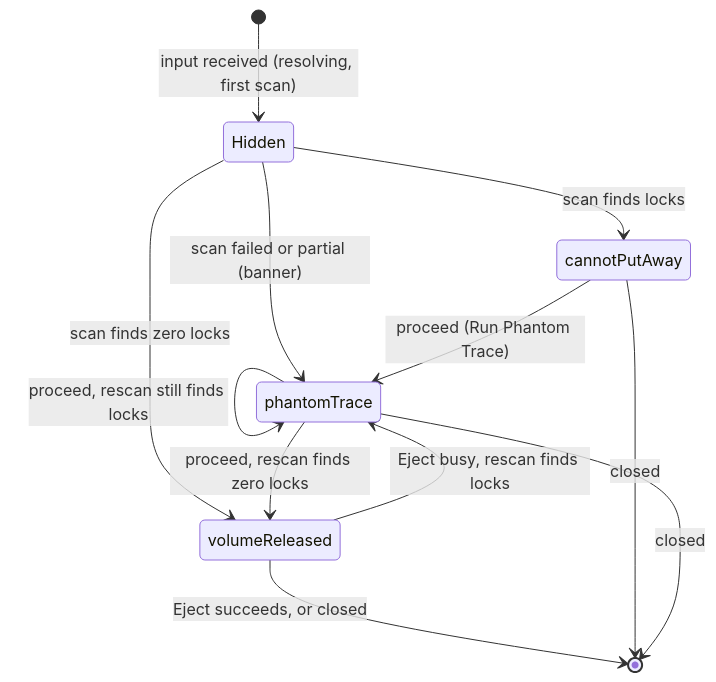
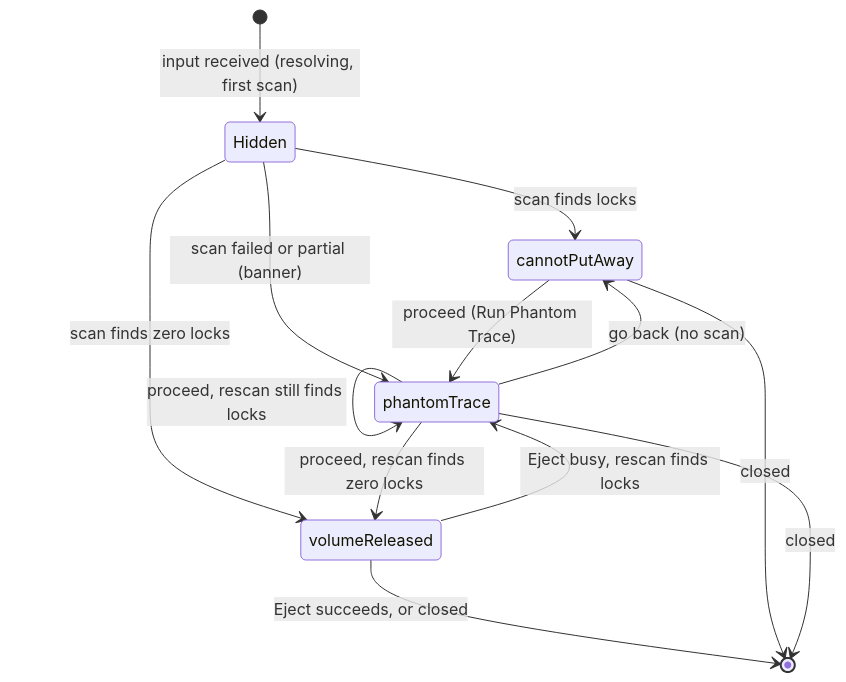
Before and after one commit to iolaire/PhantomTrace: the third of 5 diagrams in .kiro/specs/phantomtrace-volume-lock-forensics/design.md, drawn with Mermaid. The commit also changed other lines of this file and 44 other files, not shown here.

````diff
--- a/.kiro/specs/phantomtrace-volume-lock-forensics/design.md
+++ b/.kiro/specs/phantomtrace-volume-lock-forensics/design.md
@@ -128,14 +130,15 @@
 ```mermaid
 stateDiagram-v2
     [*] --> Hidden: input received (resolving, first scan)
     Hidden --> cannotPutAway: scan finds locks
     Hidden --> volumeReleased: scan finds zero locks
     Hidden --> phantomTrace: scan failed or partial (banner)
     cannotPutAway --> phantomTrace: proceed (Run Phantom Trace)
+    phantomTrace --> cannotPutAway: go back (no scan)
     phantomTrace --> phantomTrace: proceed, rescan still finds locks
     phantomTrace --> volumeReleased: proceed, rescan finds zero locks
     volumeReleased --> [*]: Eject succeeds, or closed
     volumeReleased --> phantomTrace: Eject busy, rescan finds locks
     cannotPutAway --> [*]: closed
     phantomTrace --> [*]: closed
 ```
````
